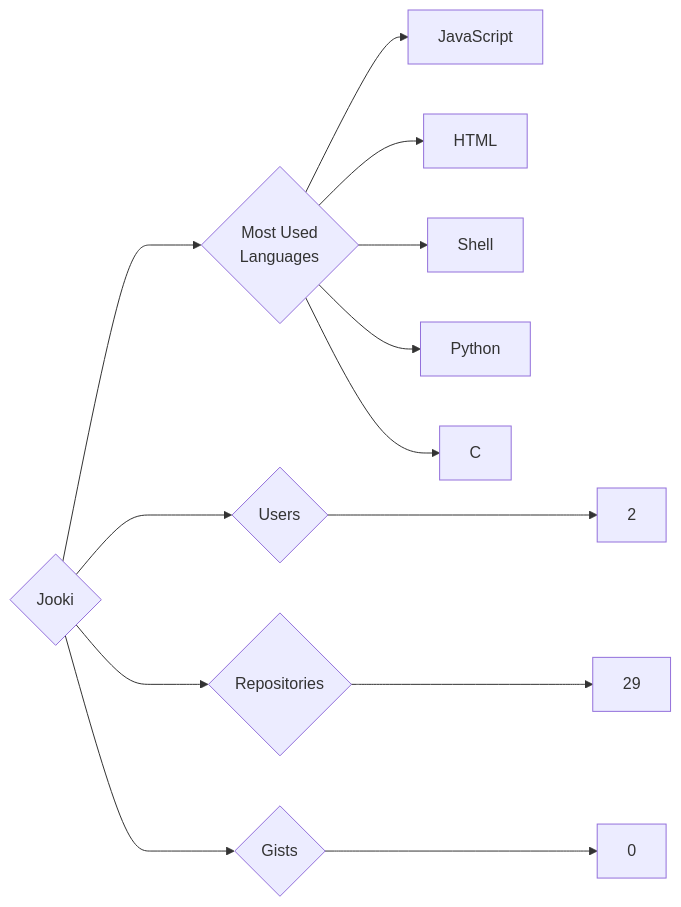
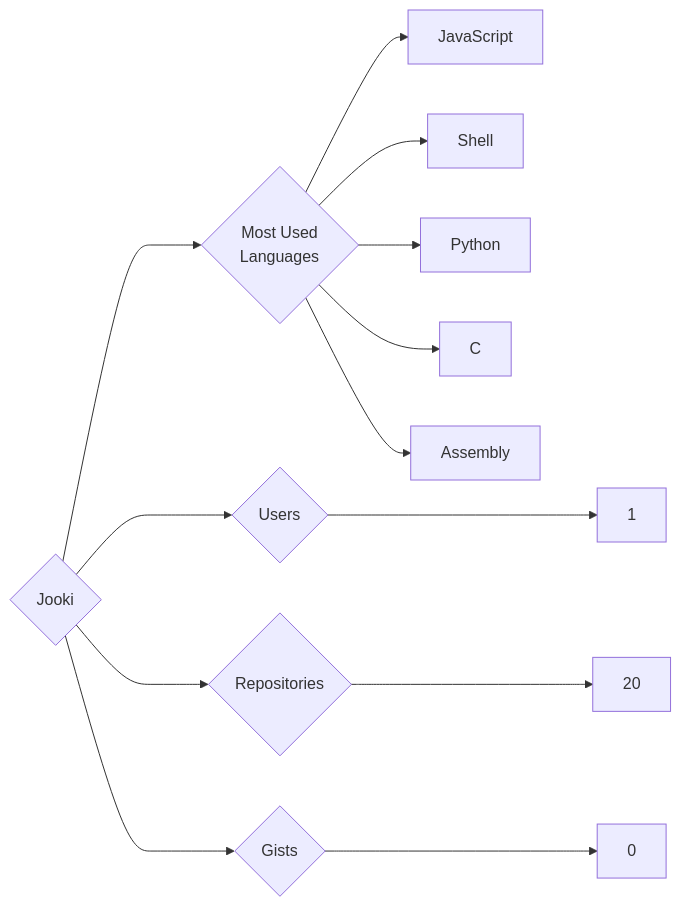
The diagram in targets/Jooki/README.md (trickest/insiders), drawn with Mermaid before and after one commit. The commit also changed 1195 other files, not shown here.

````diff
--- a/targets/Jooki/README.md
+++ b/targets/Jooki/README.md
@@ -3,13 +3,13 @@
 ```mermaid
 graph LR
 COMPANY_NAME{Jooki}
-COMPANY_NAME ---> U{Users} ---> UN[2]
-COMPANY_NAME ---> R{Repositories} ---> RN[29]
+COMPANY_NAME ---> U{Users} ---> UN[1]
+COMPANY_NAME ---> R{Repositories} ---> RN[20]
 COMPANY_NAME ---> G{Gists} ---> GN[0]
 COMPANY_NAME ---> ML{Most Used<br>Languages}
 ML --> JavaScript[JavaScript]
-ML --> HTML[HTML]
 ML --> Shell[Shell]
 ML --> Python[Python]
 ML --> C[C]
+ML --> Assembly[Assembly]
 ```
````
